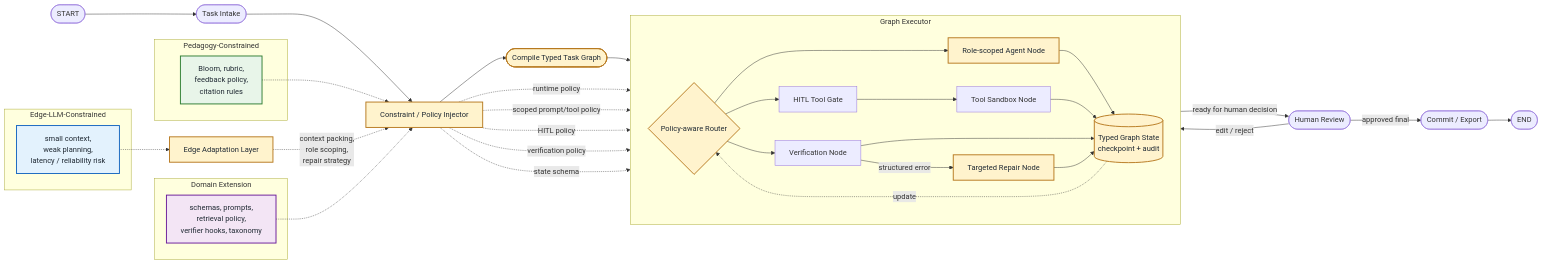
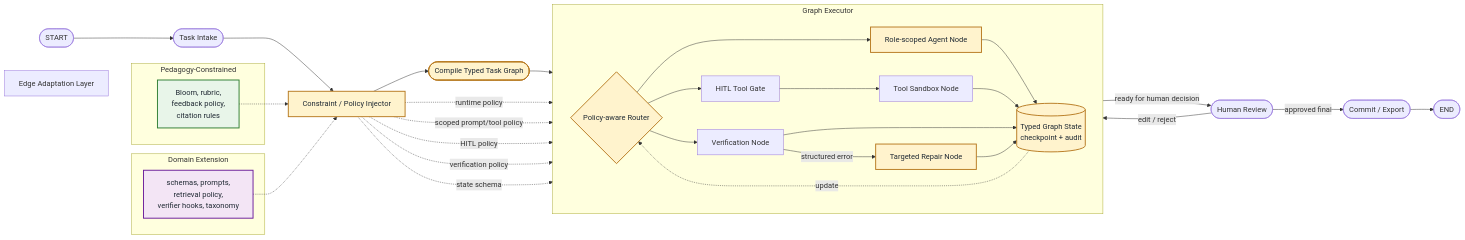
Before and after one commit to phuongbv00/alignmentgraph-isd: the third of 7 diagrams in docs/3_system-design.md, drawn with Mermaid. The commit also changed other lines of this file and 4 other files, not shown here.

````diff
--- a/docs/3_system-design.md
+++ b/docs/3_system-design.md
@@ -223,74 +214,67 @@
 ```mermaid
 flowchart LR
     START([START])
     INTAKE(["Task Intake"])
     COMPILE(["Compile Typed Task Graph"])
     INJECTOR["Constraint / Policy Injector"]
     EDGE_ADAPT["Edge Adaptation Layer"]
     REVIEW(["Human Review"])
     COMMIT(["Commit / Export"])
     END([END])
 
     subgraph EXEC_DETAIL["Graph Executor"]
         direction LR
         ROUTER{"Policy-aware Router"}
         STATE[("Typed Graph State<br/>checkpoint + audit")]
         AGENT["Role-scoped Agent Node"]
         TOOL_GATE["HITL Tool Gate"]
         TOOL["Tool Sandbox Node"]
         VERIFY["Verification Node"]
         REPAIR["Targeted Repair Node"]
 
         ROUTER --> AGENT
         ROUTER --> TOOL_GATE
         TOOL_GATE --> TOOL
         ROUTER --> VERIFY
         AGENT --> STATE
         TOOL --> STATE
         VERIFY --> STATE
         VERIFY -- "structured error" --> REPAIR
         REPAIR --> STATE
         STATE -. "update" .-> ROUTER
     end
 
     subgraph P1["Pedagogy-Constrained"]
         PED["Bloom, rubric,<br/>feedback policy,<br/>citation rules"]
     end
 
-    subgraph P2["Edge-LLM-Constrained"]
-        EDGE["small context,<br/>weak planning,<br/>latency / reliability risk"]
-    end
-
     subgraph P3["Domain Extension"]
         EXT["schemas, prompts,<br/>retrieval policy,<br/>verifier hooks, taxonomy"]
     end
 
     START --> INTAKE
     INTAKE --> INJECTOR
     INJECTOR --> COMPILE
+
     COMPILE --> ROUTER
     ROUTER -- "ready for human decision" --> REVIEW
     REVIEW -- "edit / reject" --> ROUTER
     REVIEW -- "approved final" --> COMMIT
     COMMIT --> END
 
     PED -.-> INJECTOR
-    EDGE -.-> EDGE_ADAPT
-    EDGE_ADAPT -. "context packing,<br/>role scoping,<br/>repair strategy" .-> INJECTOR
     EXT -.-> INJECTOR
     INJECTOR -. "runtime policy" .-> ROUTER
     INJECTOR -. "scoped prompt/tool policy" .-> AGENT
     INJECTOR -. "HITL policy" .-> TOOL_GATE
     INJECTOR -. "verification policy" .-> VERIFY
     INJECTOR -. "state schema" .-> STATE
 
     classDef specialized fill:#fff3cd,stroke:#b7791f,stroke-width:2px,color:#1f2933
     classDef pedagogy fill:#e8f5e9,stroke:#2e7d32,stroke-width:2px,color:#1f2933
-    classDef edge fill:#e3f2fd,stroke:#1565c0,stroke-width:2px,color:#1f2933
     classDef extension fill:#f3e5f5,stroke:#6a1b9a,stroke-width:2px,color:#1f2933
 
-    class COMPILE,ROUTER,INJECTOR,EDGE_ADAPT,STATE,AGENT,REPAIR specialized
+    class COMPILE,ROUTER,INJECTOR,STATE,AGENT,REPAIR specialized
     class PED pedagogy
-    class EDGE edge
     class EXT extension
 ```
````
